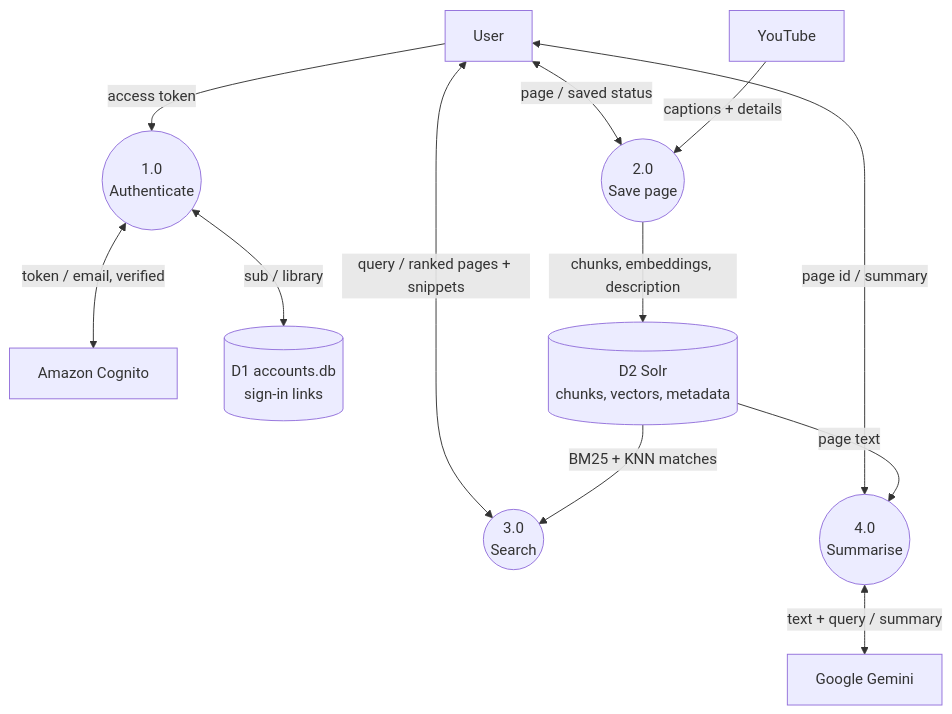
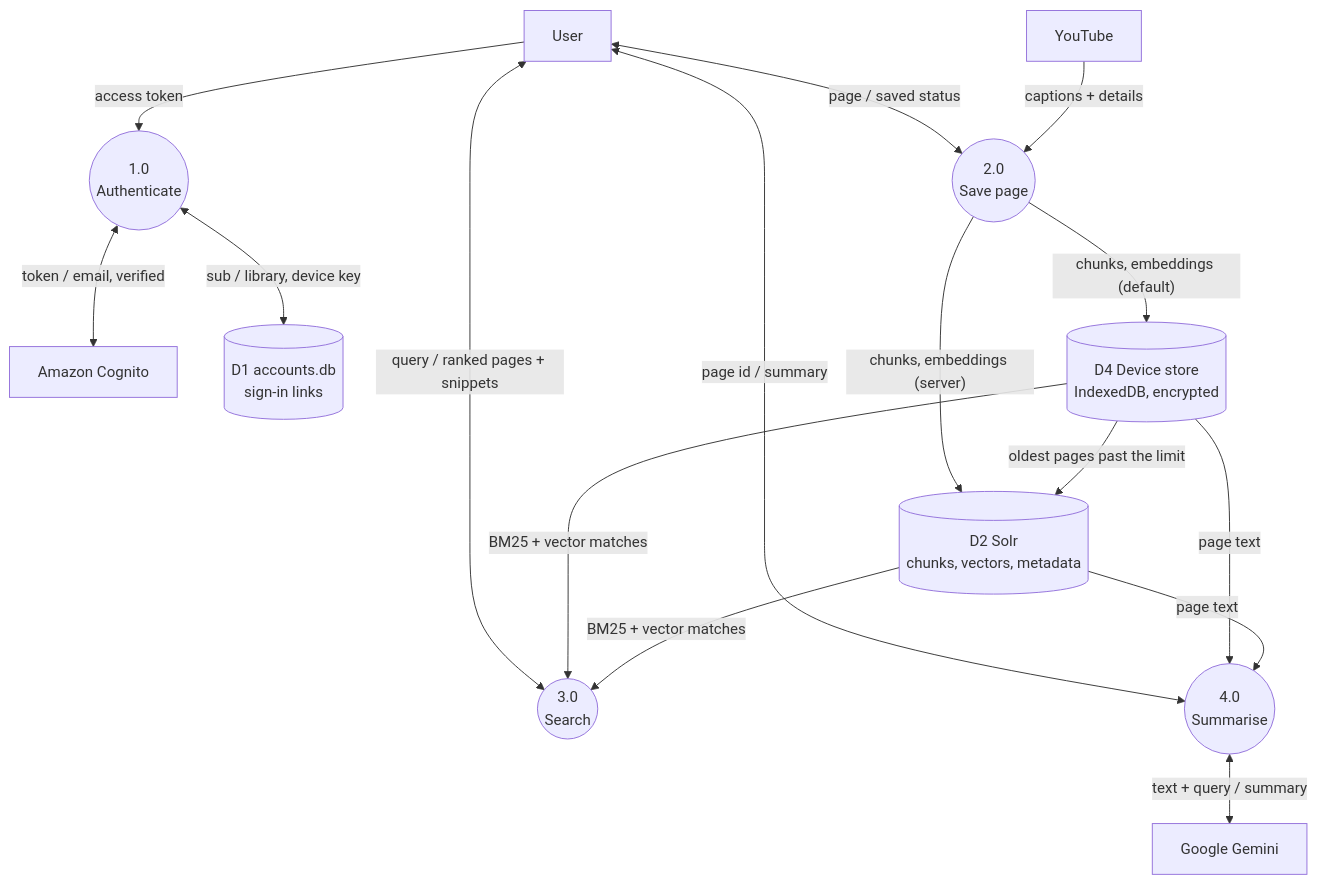
Before and after one commit to rabeeh18/ucs503p-202627-MemoryLane: the second of 3 diagrams in docs/architecture/data-flow.md, drawn with Mermaid. The commit also changed other lines of this file and 20 other files, not shown here.

First line of the commit message:
Diagrams: device storage and IndexedDB in docs and report

````diff
--- a/docs/architecture/data-flow.md
+++ b/docs/architecture/data-flow.md
@@ -41,30 +41,35 @@
 ```mermaid
 flowchart TB
     user["User"]
     youtube["YouTube"]
     cognito["Amazon Cognito"]
     gemini["Google Gemini"]
 
     p1(("1.0<br/>Authenticate"))
     p2(("2.0<br/>Save page"))
     p3(("3.0<br/>Search"))
     p4(("4.0<br/>Summarise"))
 
     d1[("D1 accounts.db<br/>sign-in links")]
     d2[("D2 Solr<br/>chunks, vectors, metadata")]
+    d4[("D4 Device store<br/>IndexedDB, encrypted")]
 
     user -->|"access token"| p1
     p1 <-->|"token / email, verified"| cognito
-    p1 <-->|"sub / library"| d1
+    p1 <-->|"sub / library, device key"| d1
 
     user <-->|"page / saved status"| p2
     youtube -->|"captions + details"| p2
-    p2 -->|"chunks, embeddings, description"| d2
+    p2 -->|"chunks, embeddings (default)"| d4
+    p2 -->|"chunks, embeddings (server)"| d2
+    d4 -->|"oldest pages past the limit"| d2
 
     user <-->|"query / ranked pages + snippets"| p3
-    d2 -->|"BM25 + KNN matches"| p3
+    d4 -->|"BM25 + vector matches"| p3
+    d2 -->|"BM25 + vector matches"| p3
 
     user <-->|"page id / summary"| p4
+    d4 -->|"page text"| p4
     d2 -->|"page text"| p4
     p4 <-->|"text + query / summary"| gemini
 ```
````
